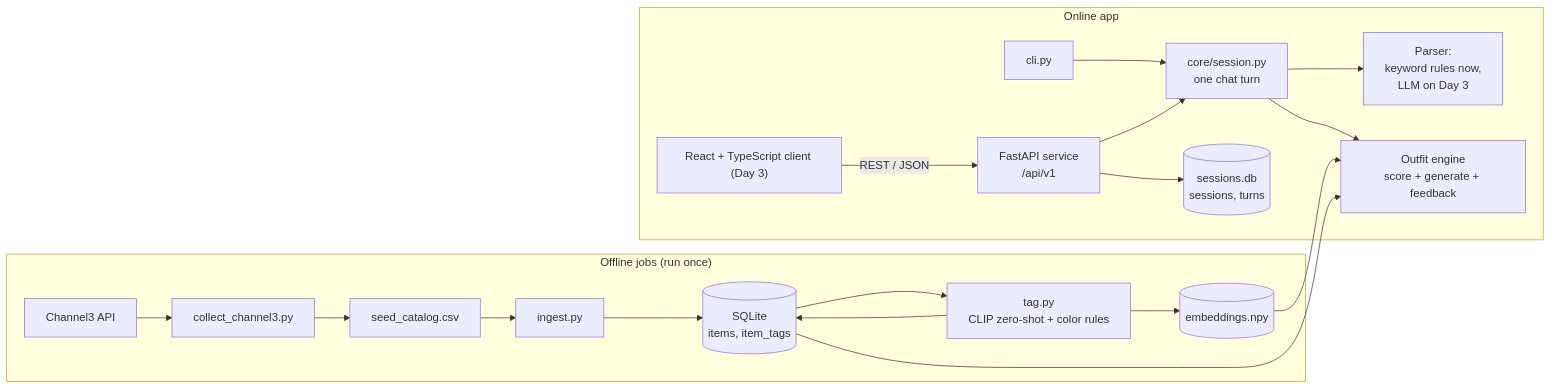
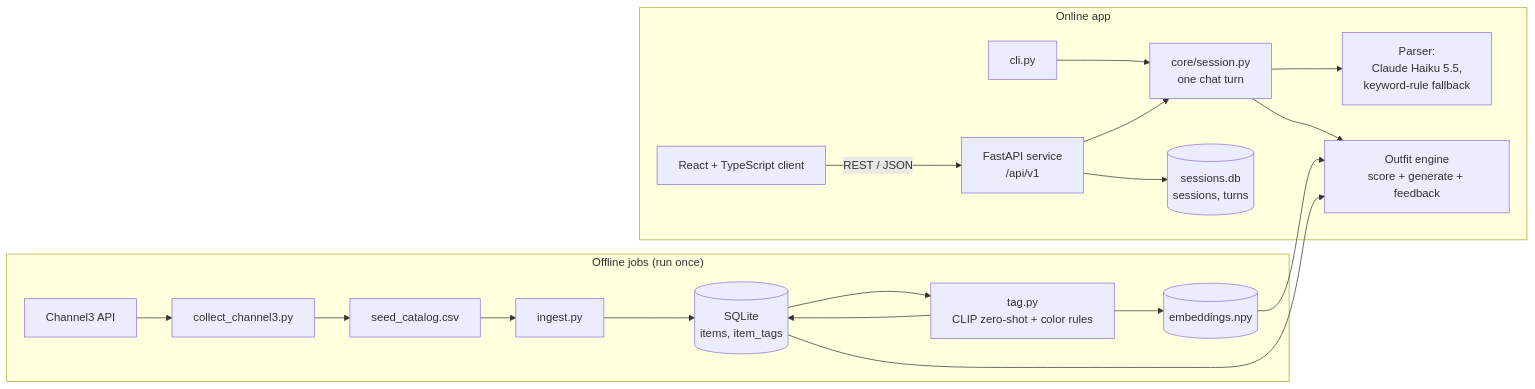
Before and after one commit to pateljiyab/AritziasVeryOwn: the diagram in docs/TECH_SPEC.md, drawn with Mermaid. The commit also changed other lines of this file and 11 other files, not shown here.

Commit message:
feat(llm): parse chat with Claude Haiku 5.5, falling back to keyword rules

````diff
--- a/docs/TECH_SPEC.md
+++ b/docs/TECH_SPEC.md
@@ -16,21 +16,21 @@
 ```mermaid
 flowchart LR
     subgraph Offline["Offline jobs (run once)"]
         C3[Channel3 API] --> COL[collect_channel3.py] --> CSV[seed_catalog.csv]
         CSV --> ING[ingest.py] --> B[(SQLite<br/>items, item_tags)]
         B --> T[tag.py<br/>CLIP zero-shot + color rules]
         T --> B
         T --> E[(embeddings.npy)]
     end
 
     subgraph Online["Online app"]
         CLI[cli.py] --> TURN
-        W["React + TypeScript client (Day 3)"] -->|REST / JSON| API["FastAPI service<br/>/api/v1"]
+        W["React + TypeScript client"] -->|REST / JSON| API["FastAPI service<br/>/api/v1"]
         API --> TURN[core/session.py<br/>one chat turn]
-        TURN --> P[Parser:<br/>keyword rules now,<br/>LLM on Day 3]
+        TURN --> P[Parser:<br/>Claude Haiku 5.5,<br/>keyword-rule fallback]
         TURN --> G[Outfit engine<br/>score + generate + feedback]
         E --> G
         B --> G
         API --> S[(sessions.db<br/>sessions, turns)]
     end
 ```
````
